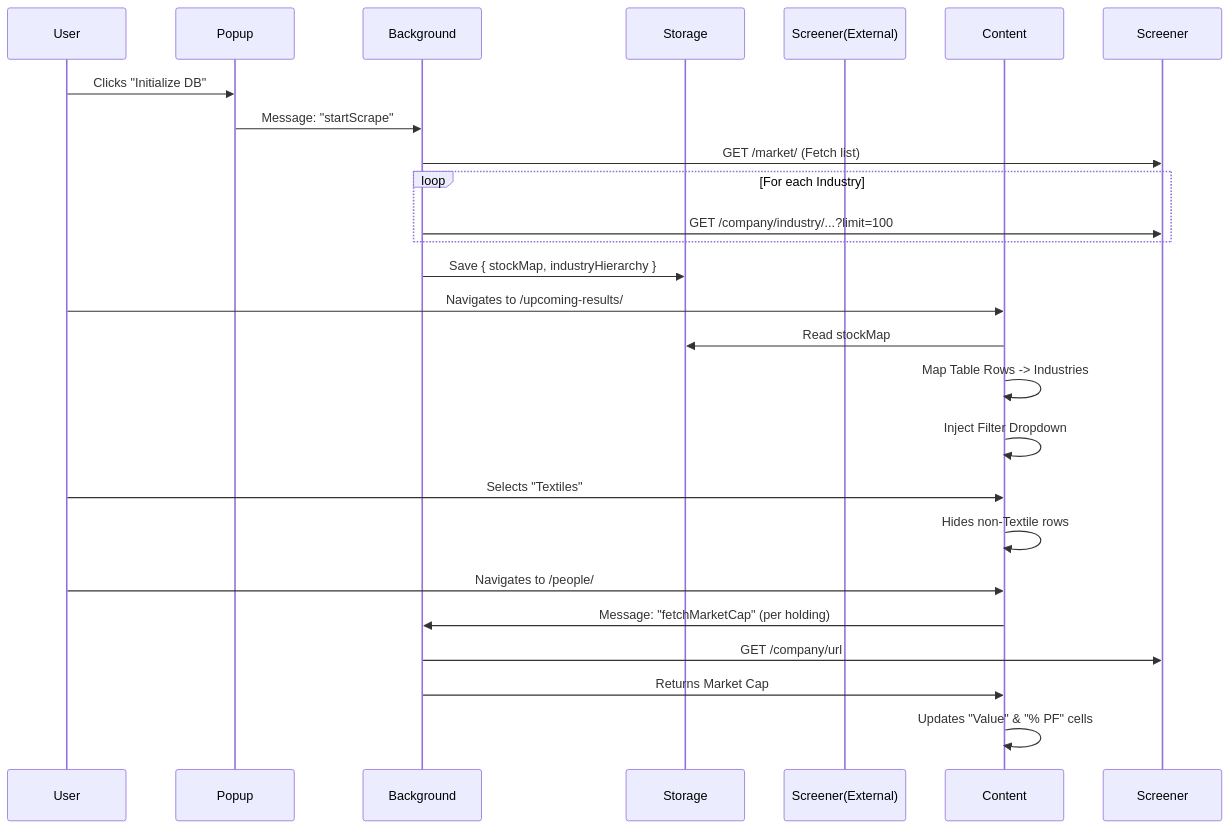
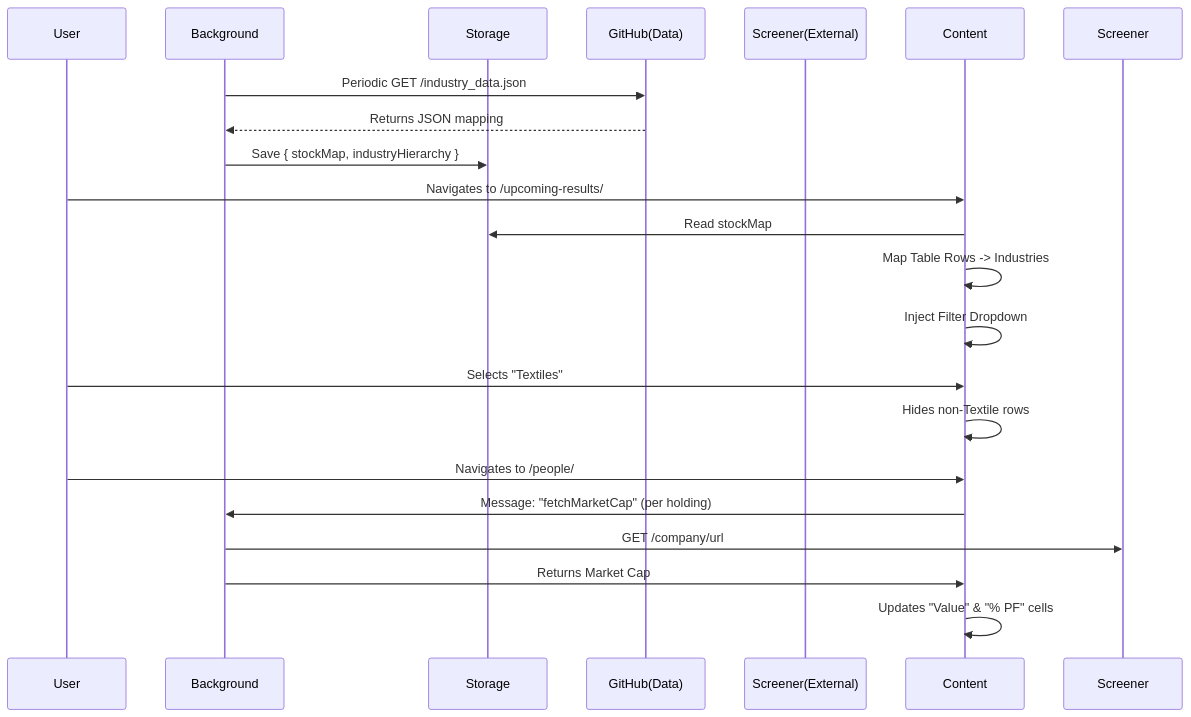
One commit to eggmasonvalue/screenerin-feat-complete changed the diagram in .context/ARCHITECTURE.md. Above: the diagram before and after it, drawn with Mermaid. The commit also changed other lines of this file and 18 other files, not shown here.

````diff
--- a/.context/ARCHITECTURE.md
+++ b/.context/ARCHITECTURE.md
@@ -45,30 +38,26 @@
 ```mermaid
 sequenceDiagram
     participant User
-    participant Popup
     participant Background
     participant Storage
+    participant GitHub(Data)
     participant Screener(External)
     participant Content
 
-    User->>Popup: Clicks "Initialize DB"
-    Popup->>Background: Message: "startScrape"
-    Background->>Screener: GET /market/ (Fetch list)
-    loop For each Industry
-        Background->>Screener: GET /company/industry/...?limit=100
-    end
+    Background->>GitHub(Data): Periodic GET /industry_data.json
+    GitHub(Data)-->>Background: Returns JSON mapping
     Background->>Storage: Save { stockMap, industryHierarchy }
     
     User->>Content: Navigates to /upcoming-results/
     Content->>Storage: Read stockMap
     Content->>Content: Map Table Rows -> Industries
     Content->>Content: Inject Filter Dropdown
     User->>Content: Selects "Textiles"
     Content->>Content: Hides non-Textile rows
 
     User->>Content: Navigates to /people/
     Content->>Background: Message: "fetchMarketCap" (per holding)
     Background->>Screener: GET /company/url
     Background->>Content: Returns Market Cap
     Content->>Content: Updates "Value" & "% PF" cells
 ```
````
